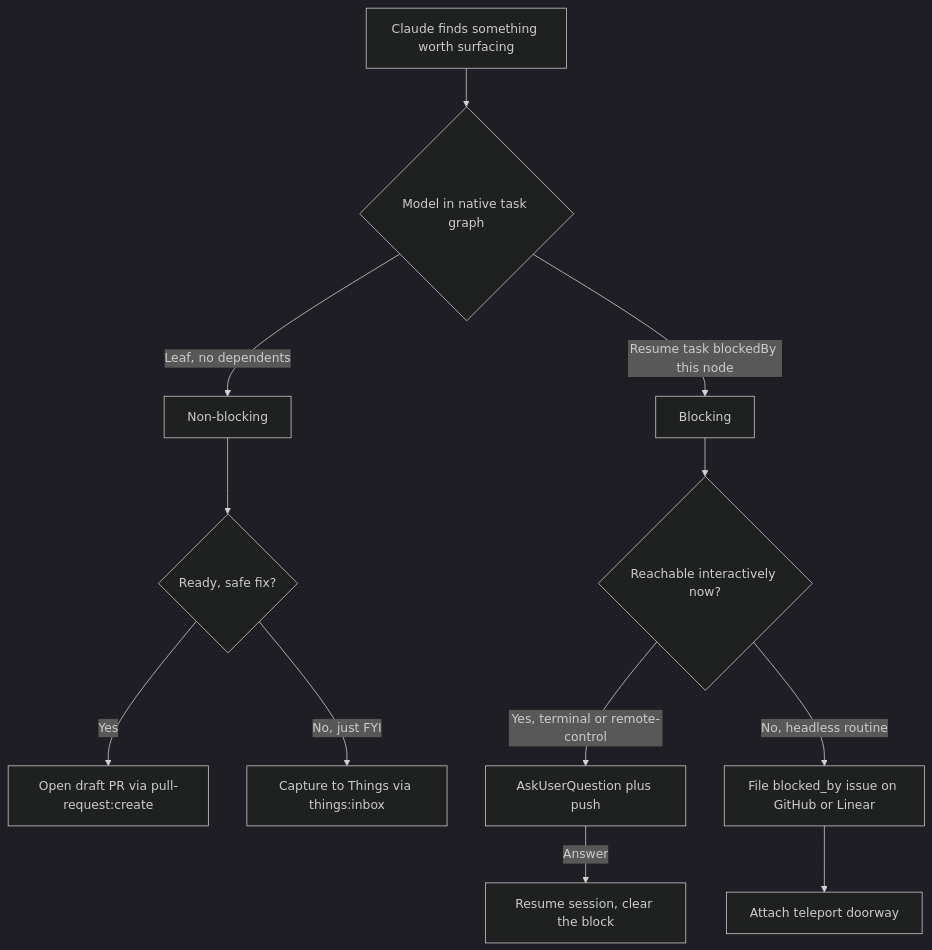
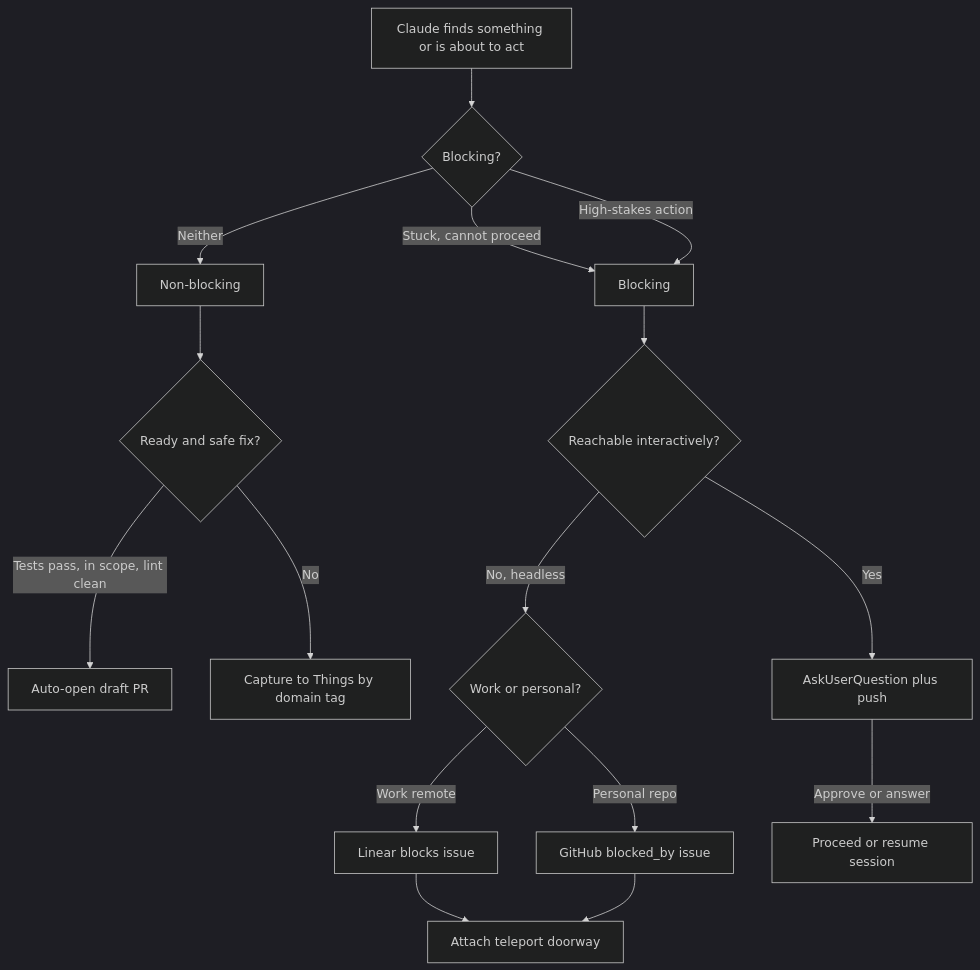
The diagram in docs/blocking-dispatch.md (bendrucker/claude), drawn with Mermaid (dark theme) before and after one commit. The commit also changed other lines of this file, not shown here.

````diff
--- a/docs/blocking-dispatch.md
+++ b/docs/blocking-dispatch.md
@@ -56,16 +118,20 @@
 ```mermaid
 flowchart TD
-    F[Claude finds something worth surfacing] --> G{Model in native task graph}
-    G -->|Leaf, no dependents| N[Non-blocking]
-    G -->|Resume task blockedBy this node| B[Blocking]
+    F[Claude finds something or is about to act] --> C{Blocking?}
+    C -->|Stuck, cannot proceed| B[Blocking]
+    C -->|High-stakes action| B
+    C -->|Neither| N[Non-blocking]
 
-    N --> NF{Ready, safe fix?}
-    NF -->|Yes| PR[Open draft PR via pull-request:create]
-    NF -->|No, just FYI| CAP[Capture to Things via things:inbox]
+    N --> NF{Ready and safe fix?}
+    NF -->|Tests pass, in scope, lint clean| PR[Auto-open draft PR]
+    NF -->|No| CAP[Capture to Things by domain tag]
 
-    B --> BR{Reachable interactively now?}
-    BR -->|Yes, terminal or remote-control| ASK[AskUserQuestion plus push]
-    BR -->|No, headless routine| DUR[File blocked_by issue on GitHub or Linear]
-    DUR --> DOOR[Attach teleport doorway]
-    ASK -->|Answer| RES[Resume session, clear the block]
+    B --> BR{Reachable interactively?}
+    BR -->|Yes| ASK[AskUserQuestion plus push]
+    BR -->|No, headless| W{Work or personal?}
+    W -->|Work remote| LIN[Linear blocks issue]
+    W -->|Personal repo| GH[GitHub blocked_by issue]
+    LIN --> DOOR[Attach teleport doorway]
+    GH --> DOOR
+    ASK -->|Approve or answer| RES[Proceed or resume session]
 ```
````
